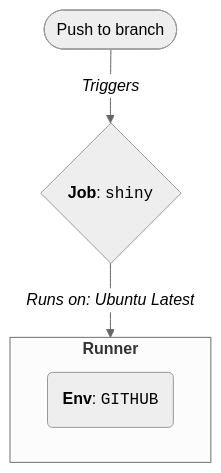
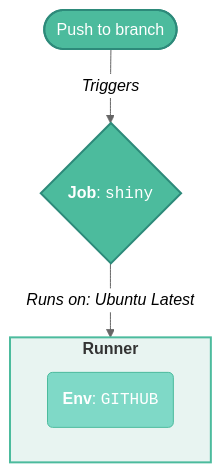
Before and after one commit to mjfrigaard/shiny-app-pkgs: the sixth of 8 diagrams in gha.qmd, drawn with Mermaid. The commit also changed other lines of this file, not shown here.

First line of the commit message:
Style all 8 mermaid diagrams in gha.qmd with teal palette

````diff
--- a/gha.qmd
+++ b/gha.qmd
@@ -853,11 +853,16 @@
 ```{mermaid}
 %%| fig-align: center
 %%{init: {'theme': 'neutral', 'themeVariables': { 'fontFamily': 'monospace', "fontSize":"16px"}}}%%
 flowchart TD
   Push(["Push to branch"])
   Push -->|"<em>Triggers</em>"| Shiny{"<strong>Job</strong>: <code>shiny</code>"}
     subgraph ubuntu["<strong>Runner</strong>"]
       Env("<strong>Env</strong>: <code>GITHUB</code>")
     end
   Shiny -->|"<em>Runs on: Ubuntu Latest</em>"| ubuntu
+
+  style Push fill:#4CBB9D,color:#fff,stroke:#2d8a7a,stroke-width:2px
+  style Shiny fill:#4CBB9D,color:#fff,stroke:#2d8a7a,stroke-width:2px
+  style ubuntu fill:#e8f4f1,stroke:#4CBB9D,stroke-width:2px
+  style Env fill:#7fd9c7,color:#fff,stroke:#4CBB9D,stroke-width:1px
 ```
````
